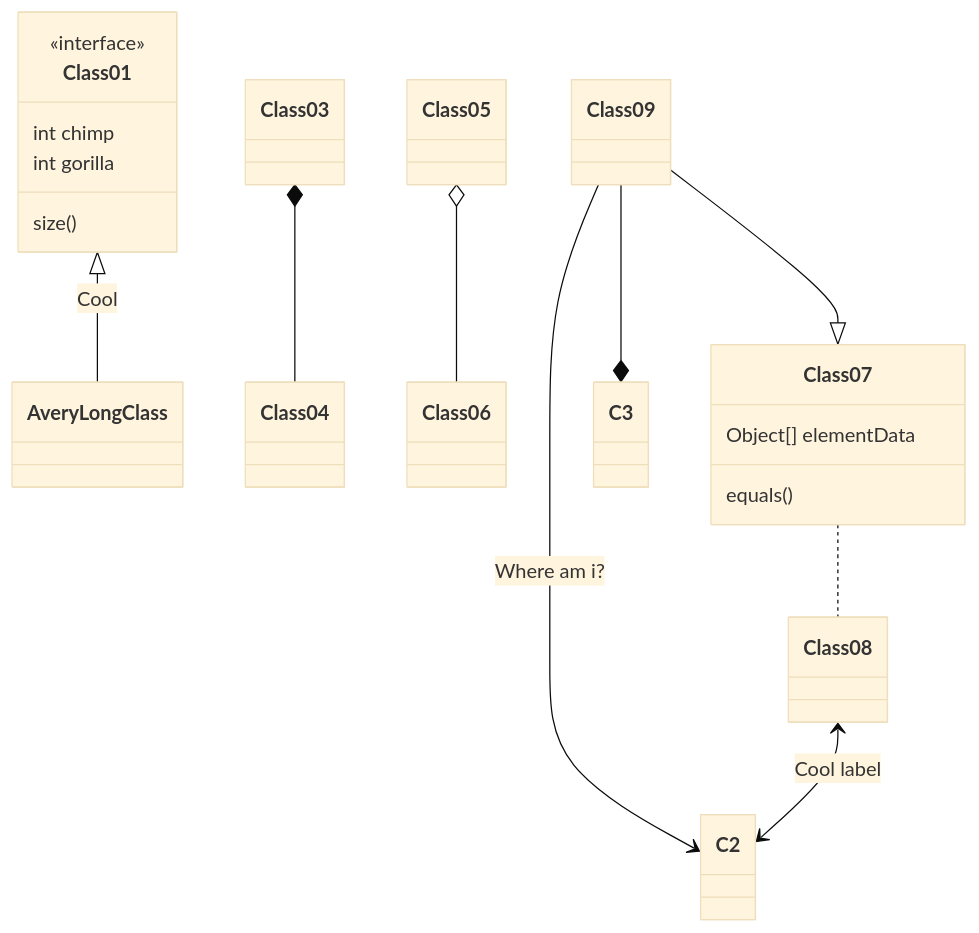
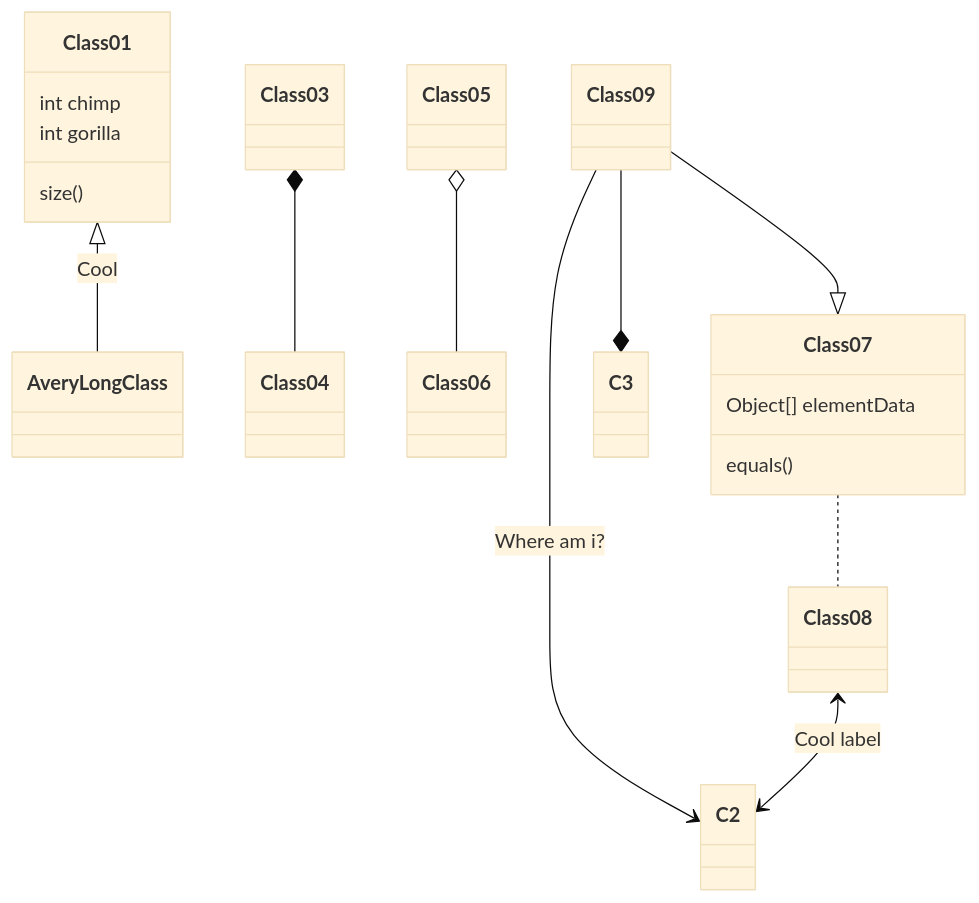
One commit to miaozhuojun/miaozhuojun.github.io changed the first of 3 diagrams in _posts/2021-03-26-Hotspot-intrinsice.md. Above: the diagram before and after it, drawn with Mermaid (base theme).

```diff
--- a/_posts/2021-03-26-Hotspot-intrinsice.md
+++ b/_posts/2021-03-26-Hotspot-intrinsice.md
@@ -19,17 +19,16 @@
 <div class="mermaid">
 classDiagram
 Class01 <|-- AveryLongClass : Cool
-<<interface>> Class01
 Class03 *-- Class04
 Class05 o-- Class06
 Class07 .. Class08
 Class09 --> C2 : Where am i?
 Class09 --* C3
 Class09 --|> Class07
 Class07 : equals()
 Class07 : Object[] elementData
 Class01 : size()
 Class01 : int chimp
 Class01 : int gorilla
 Class08 <--> C2: Cool label
 </div>
```
